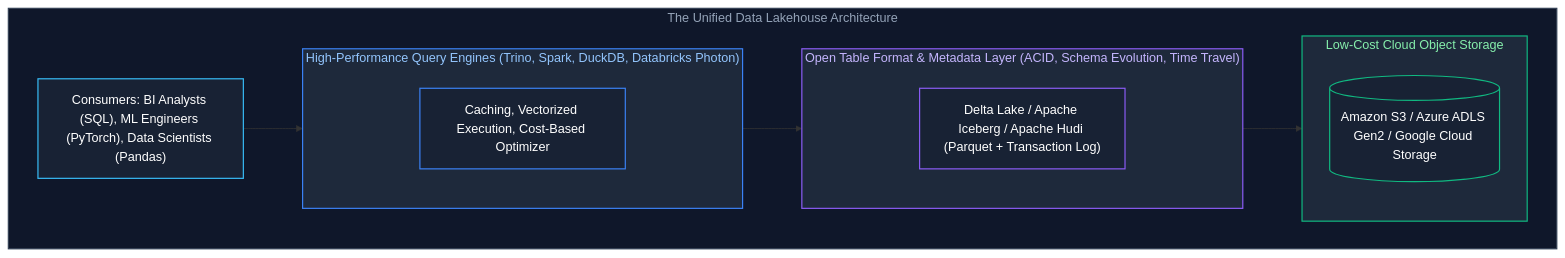
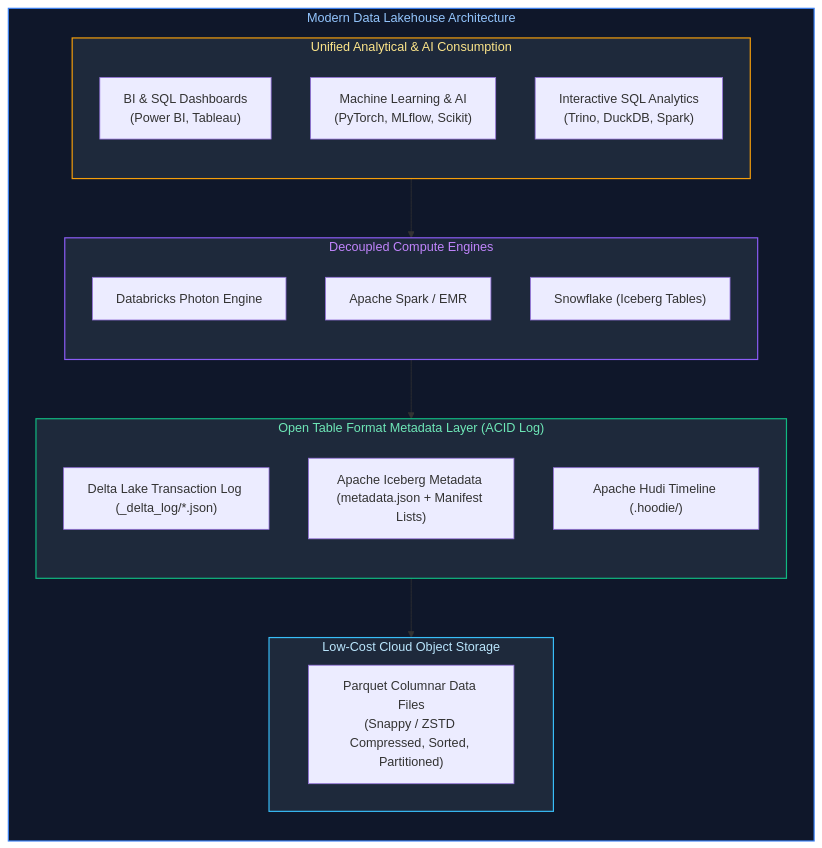
The fourth of 30 diagrams in Data Engineering/06_data_architecture_and_modeling.md (joydeep-biswas/Interview-Preparation), drawn with Mermaid before and after one commit. The commit also changed other lines of this file and 143 other files, not shown here.

````diff
--- a/Data Engineering/06_data_architecture_and_modeling.md
+++ b/Data Engineering/06_data_architecture_and_modeling.md
@@ -186,32 +212,39 @@
 ```mermaid
-flowchart TD
-    subgraph LakehouseArch ["The Unified Data Lakehouse Architecture"]
-        Apps["Consumers: BI Analysts (SQL), ML Engineers (PyTorch), Data Scientists (Pandas)"]
-        
-        subgraph EngineLayer ["High-Performance Query Engines (Trino, Spark, DuckDB, Databricks Photon)"]
-            Engine["Caching, Vectorized Execution, Cost-Based Optimizer"]
+flowchart LR
+    subgraph LakehouseArchitecture ["Modern Data Lakehouse Architecture"]
+        subgraph TopConsumers ["Unified Analytical & AI Consumption"]
+            direction TD
+            BI["BI & SQL Dashboards<br/>(Power BI, Tableau)"]
+            ML["Machine Learning & AI<br/>(PyTorch, MLflow, Scikit)"]
+            AdHoc["Interactive SQL Analytics<br/>(Trino, DuckDB, Spark)"]
         end
 
-        subgraph OpenTableLayer ["Open Table Format & Metadata Layer (ACID, Schema Evolution, Time Travel)"]
-            OTF["Delta Lake / Apache Iceberg / Apache Hudi (Parquet + Transaction Log)"]
+        subgraph EngineTier ["Decoupled Compute Engines"]
+            direction TD
+            Photon["Databricks Photon Engine"]
+            SparkEng["Apache Spark / EMR"]
+            SnowflakeExt["Snowflake (Iceberg Tables)"]
         end
 
-        subgraph StorageLayer ["Low-Cost Cloud Object Storage"]
-            CloudStore[("Amazon S3 / Azure ADLS Gen2 / Google Cloud Storage")]
+        subgraph StorageLayer ["Open Table Format Metadata Layer (ACID Log)"]
+            direction TD
+            DeltaLog["Delta Lake Transaction Log (_delta_log/*.json)"]
+            IcebergMeta["Apache Iceberg Metadata (metadata.json + Manifest Lists)"]
+            HudiMeta["Apache Hudi Timeline (.hoodie/)"]
         end
 
-        Apps --> EngineLayer
-        EngineLayer --> OpenTableLayer
-        OpenTableLayer --> StorageLayer
+        subgraph PhysicalData ["Low-Cost Cloud Object Storage"]
+            ParquetFiles["Parquet Columnar Data Files<br/>(Snappy / ZSTD Compressed, Sorted, Partitioned)"]
+        end
     end
 
-    style LakehouseArch fill:#0f172a,stroke:#334155,stroke-width:1.5px,color:#94a3b8
-    style EngineLayer fill:#1e293b,stroke:#3b82f6,stroke-width:1.5px,color:#93c5fd
-    style OpenTableLayer fill:#1e293b,stroke:#8b5cf6,stroke-width:1.5px,color:#c4b5fd
-    style StorageLayer fill:#1e293b,stroke:#10b981,stroke-width:1.5px,color:#86efac
+    TopConsumers --> EngineTier
+    EngineTier --> StorageLayer
+    StorageLayer --> PhysicalData
 
-    style Apps fill:#182234,stroke:#38bdf8,stroke-width:1.5px,color:#fff
-    style Engine fill:#182234,stroke:#3b82f6,stroke-width:1.5px,color:#fff
-    style OTF fill:#182234,stroke:#8b5cf6,stroke-width:1.5px,color:#fff
-    style CloudStore fill:#182234,stroke:#10b981,stroke-width:1.5px,color:#fff
+    style LakehouseArchitecture fill:#0f172a,stroke:#3b82f6,stroke-width:1.5px,color:#93c5fd
+    style TopConsumers fill:#1e293b,stroke:#f59e0b,stroke-width:1.5px,color:#fde68a
+    style EngineTier fill:#1e293b,stroke:#8b5cf6,stroke-width:1.5px,color:#c084fc
+    style StorageLayer fill:#1e293b,stroke:#10b981,stroke-width:1.5px,color:#6ee7b7
+    style PhysicalData fill:#1e293b,stroke:#38bdf8,stroke-width:1.5px,color:#bae6fd
 ```
````
